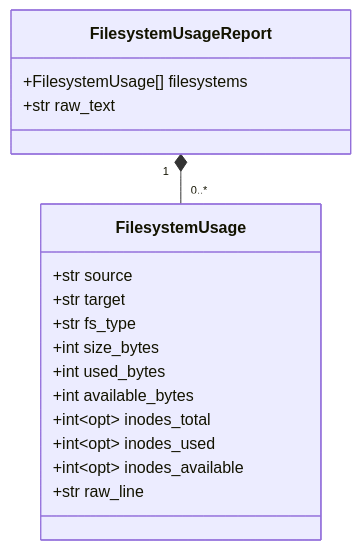
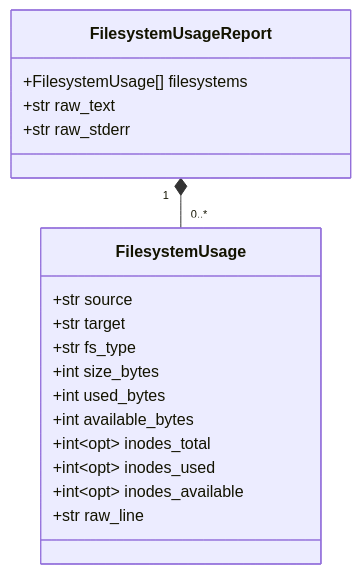
The first of 5 diagrams in docs/FILESYSTEM_ADAPTER.md (nino79/batoi-classroom-suite), drawn with Mermaid before and after one commit. The commit also changed other lines of this file, not shown here.

````diff
--- a/docs/FILESYSTEM_ADAPTER.md
+++ b/docs/FILESYSTEM_ADAPTER.md
@@ -70,20 +70,21 @@
 ```mermaid
 classDiagram
     class FilesystemUsageReport {
         +FilesystemUsage[] filesystems
         +str raw_text
+        +str raw_stderr
     }
     class FilesystemUsage {
         +str source
         +str target
         +str fs_type
         +int size_bytes
         +int used_bytes
         +int available_bytes
         +int~opt~ inodes_total
         +int~opt~ inodes_used
         +int~opt~ inodes_available
         +str raw_line
     }
     FilesystemUsageReport "1" *-- "0..*" FilesystemUsage
 ```
````
